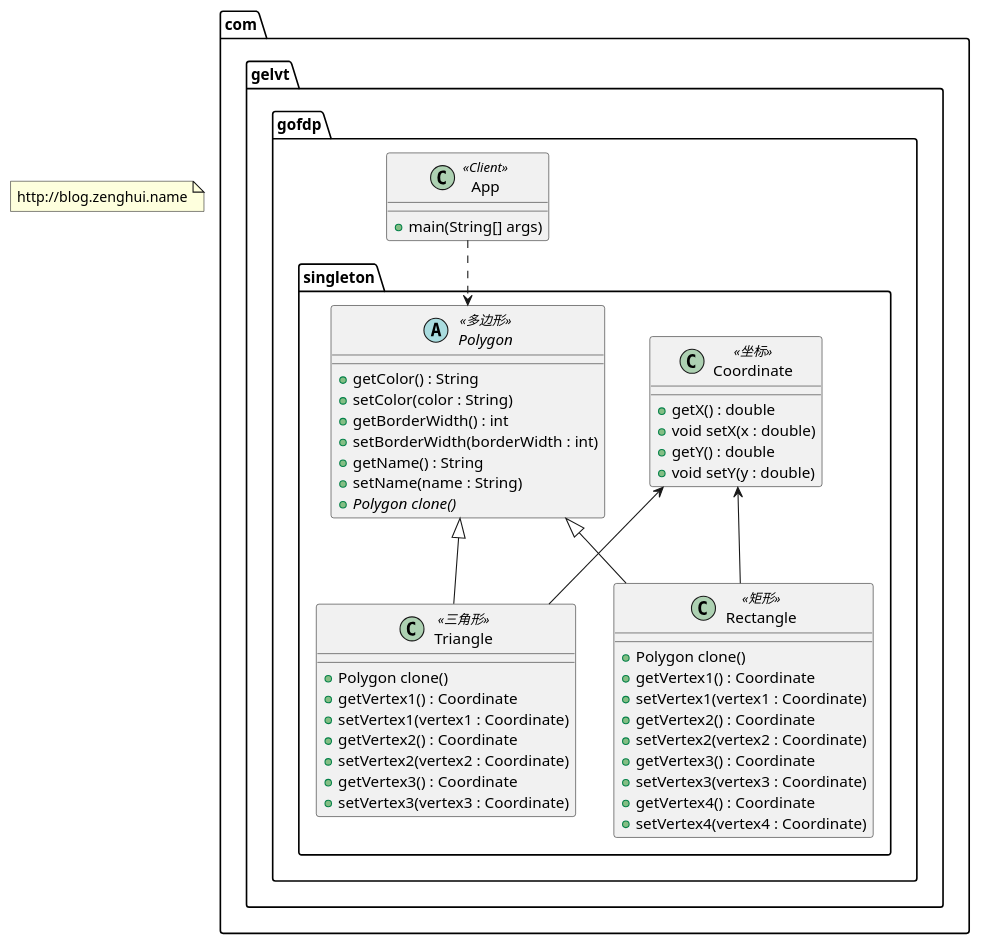
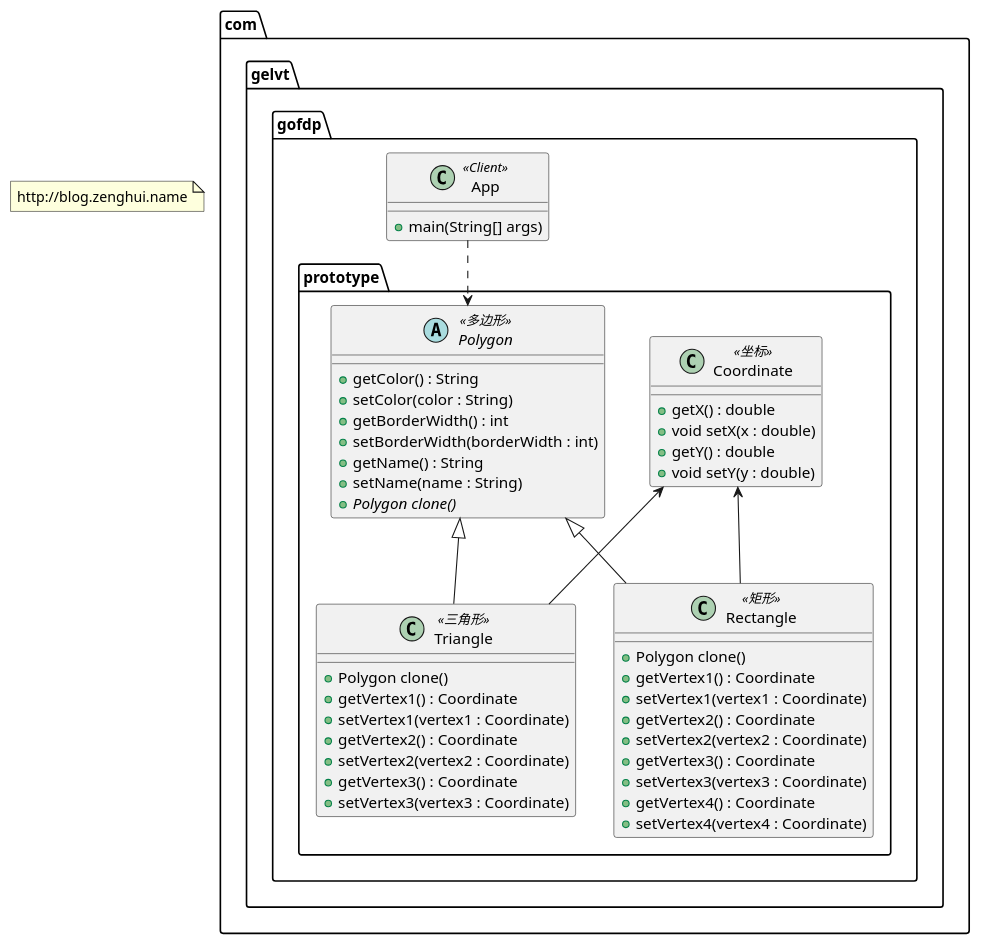
Before and after one commit to elvinzeng/java-design-pattern-samples: the diagram in prototype/diagrams/prototype.puml, drawn with PlantUML. The commit also changed 1 other file, not shown here.

Commit message:
修正类图中包名错误的问题

```diff
--- a/prototype/diagrams/prototype.puml
+++ b/prototype/diagrams/prototype.puml
@@ -1,62 +1,62 @@
 @startuml
 
-package com.gelvt.gofdp.singleton{
+package com.gelvt.gofdp.prototype{
 
     class Coordinate <<坐标>>{
         + getX() : double
         + void setX(x : double)
         + getY() : double
         + void setY(y : double)
     }
 
     abstract class Polygon <<多边形>> {
         + getColor() : String
         + setColor(color : String)
         + getBorderWidth() : int
         + setBorderWidth(borderWidth : int)
         + getName() : String
         + setName(name : String)
         + {abstract} Polygon clone()
     }
 
     class Triangle <<三角形>> {
         + Polygon clone()
         + getVertex1() : Coordinate
         + setVertex1(vertex1 : Coordinate)
         + getVertex2() : Coordinate
         + setVertex2(vertex2 : Coordinate)
         + getVertex3() : Coordinate
         + setVertex3(vertex3 : Coordinate)
     }
 
     class Rectangle <<矩形>>{
         + Polygon clone()
         + getVertex1() : Coordinate
         + setVertex1(vertex1 : Coordinate)
         + getVertex2() : Coordinate
         + setVertex2(vertex2 : Coordinate)
         + getVertex3() : Coordinate
         + setVertex3(vertex3 : Coordinate)
         + getVertex4() : Coordinate
         + setVertex4(vertex4 : Coordinate)
     }
 
     Polygon <|-- Triangle
     Polygon <|-- Rectangle
     Coordinate <-- Triangle
     Coordinate <-- Rectangle
 
 }
 
 package com.gelvt.gofdp{
     class App <<Client>>{
         + main(String[] args)
     }
 }
 
 App ..> Polygon
 
 
 note "http://blog.zenghui.name" as copyright
 
 @enduml
```
